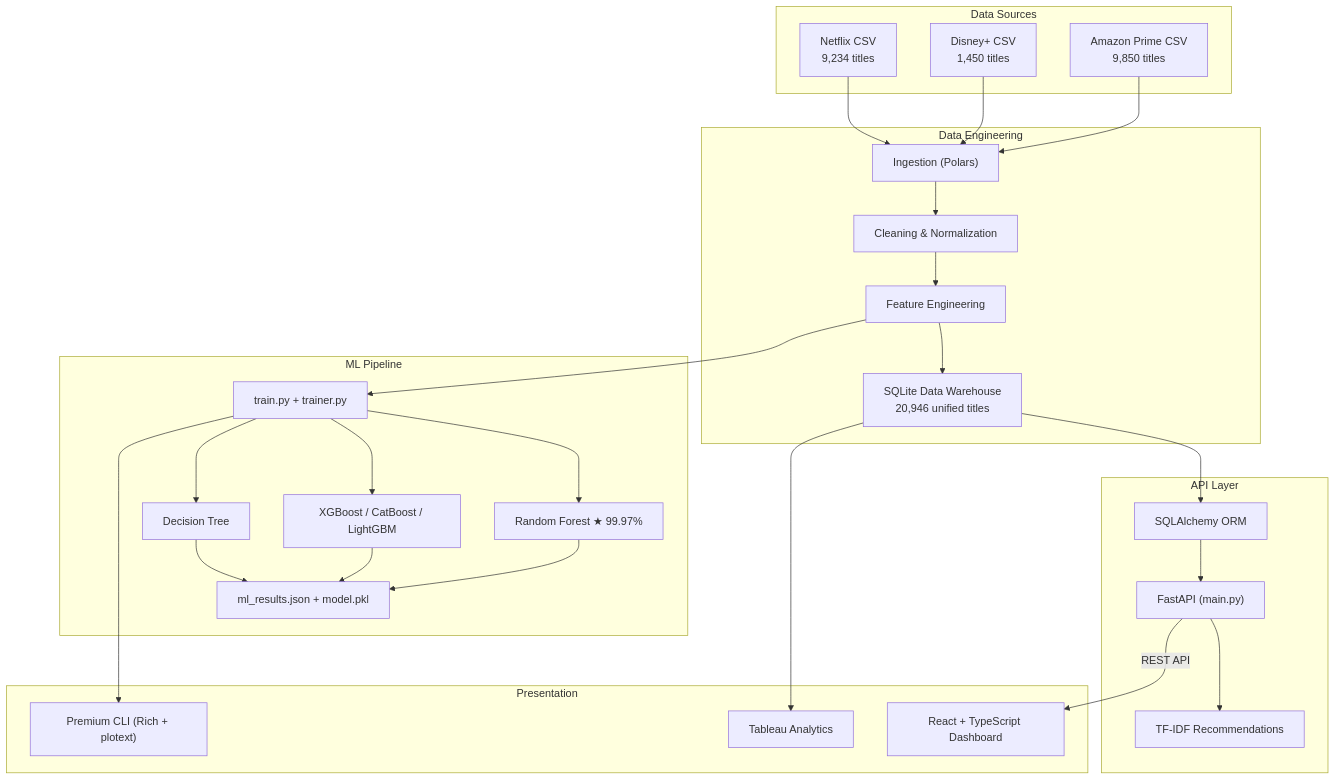
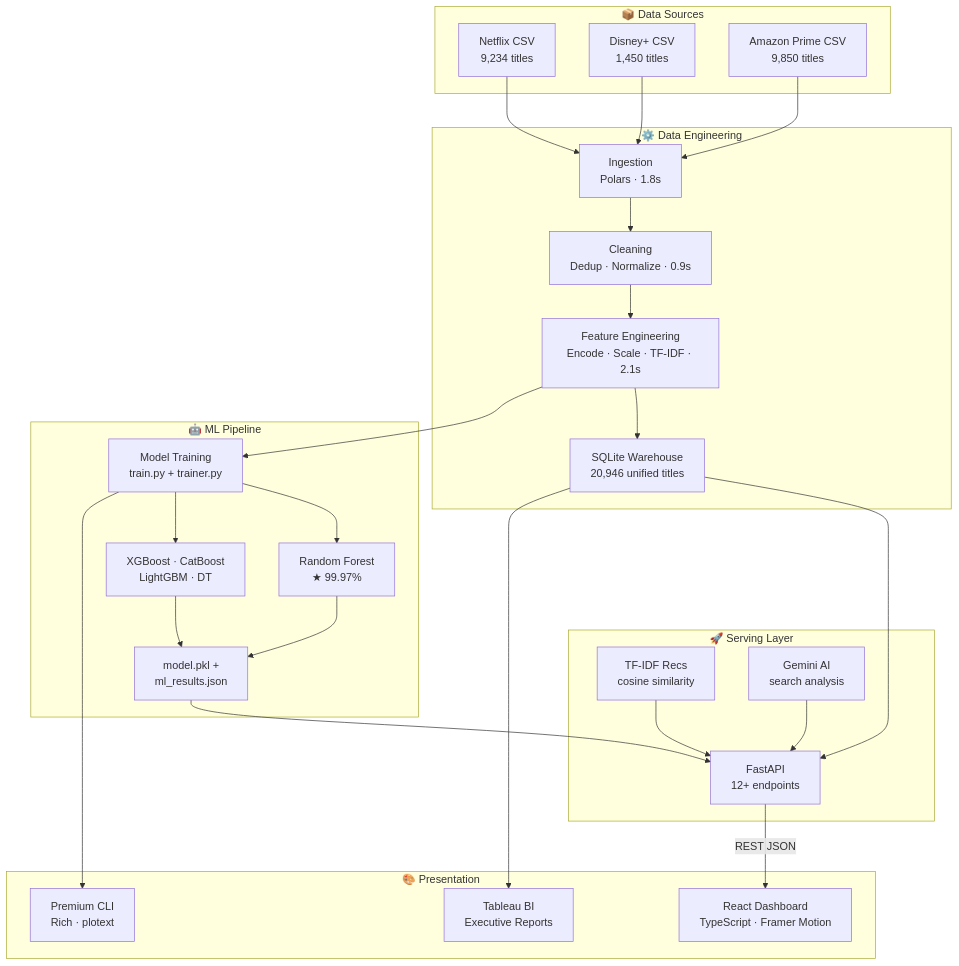
The first of 3 diagrams in README.md (SanyogSingh07/unified-streaming-analytics), drawn with Mermaid before and after one commit. The commit also changed other lines of this file and 3 other files, not shown here.

````diff
--- a/README.md
+++ b/README.md
@@ -60,42 +135,44 @@
 ```mermaid
 graph TB
-    subgraph "Data Sources"
-        A["Netflix CSV<br/>9,234 titles"]
-        B["Disney+ CSV<br/>1,450 titles"]
-        C["Amazon Prime CSV<br/>9,850 titles"]
+    subgraph Sources["📦 Data Sources"]
+        N["Netflix CSV<br/>9,234 titles"]
+        D["Disney+ CSV<br/>1,450 titles"]
+        A["Amazon Prime CSV<br/>9,850 titles"]
     end
 
-    subgraph "Data Engineering"
-        D["Ingestion (Polars)"]
-        E["Cleaning & Normalization"]
-        F["Feature Engineering"]
-        G["SQLite Data Warehouse<br/>20,946 unified titles"]
+    subgraph Pipeline["⚙️ Data Engineering"]
+        I["Ingestion<br/>Polars · 1.8s"]
+        C["Cleaning<br/>Dedup · Normalize · 0.9s"]
+        F["Feature Engineering<br/>Encode · Scale · TF-IDF · 2.1s"]
+        W["SQLite Warehouse<br/>20,946 unified titles"]
     end
 
-    subgraph "ML Pipeline"
-        H["train.py + trainer.py"]
-        I["Random Forest ★ 99.97%"]
-        J["XGBoost / CatBoost / LightGBM"]
-        K["Decision Tree"]
-        L["ml_results.json + model.pkl"]
+    subgraph ML["🤖 ML Pipeline"]
+        T["Model Training<br/>train.py + trainer.py"]
+        RF["Random Forest<br/>★ 99.97%"]
+        XG["XGBoost · CatBoost<br/>LightGBM · DT"]
+        M["model.pkl +<br/>ml_results.json"]
     end
 
-    subgraph "API Layer"
-        M["FastAPI (main.py)"]
-        N["TF-IDF Recommendations"]
-        O["SQLAlchemy ORM"]
+    subgraph Serving["🚀 Serving Layer"]
+        API["FastAPI<br/>12+ endpoints"]
+        REC["TF-IDF Recs<br/>cosine similarity"]
+        AI["Gemini AI<br/>search analysis"]
     end
 
-    subgraph "Presentation"
-        P["React + TypeScript Dashboard"]
-        Q["Premium CLI (Rich + plotext)"]
-        R["Tableau Analytics"]
+    subgraph Presentation["🎨 Presentation"]
+        UI["React Dashboard<br/>TypeScript · Framer Motion"]
+        CLI["Premium CLI<br/>Rich · plotext"]
+        BI["Tableau BI<br/>Executive Reports"]
     end
 
-    A & B & C --> D --> E --> F --> G
-    F --> H --> I & J & K --> L
-    G --> O --> M --> N
-    M -->|REST API| P
-    H --> Q
-    G --> R
+    N & D & A --> I --> C --> F --> W
+    F --> T --> RF & XG --> M
+    W --> API
+    M --> API
+    REC --> API
+    AI --> API
+    API -->|REST JSON| UI
+    T --> CLI
+    W --> BI
 ```
````
